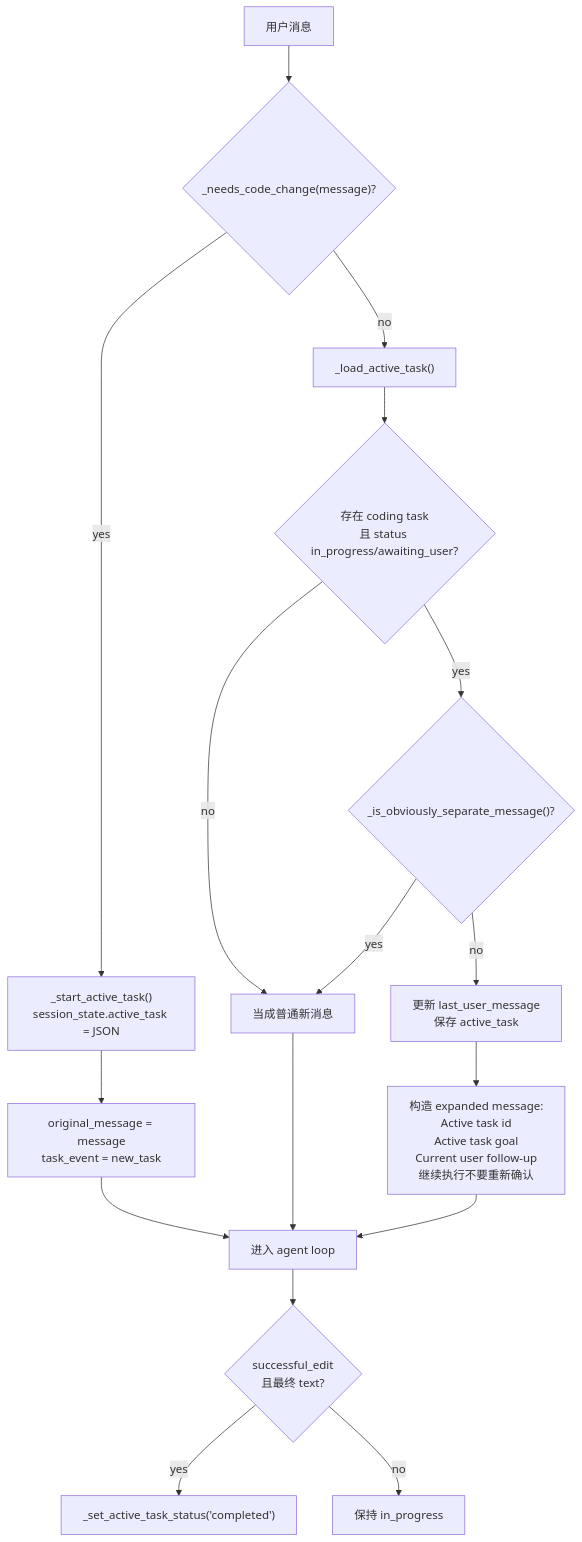
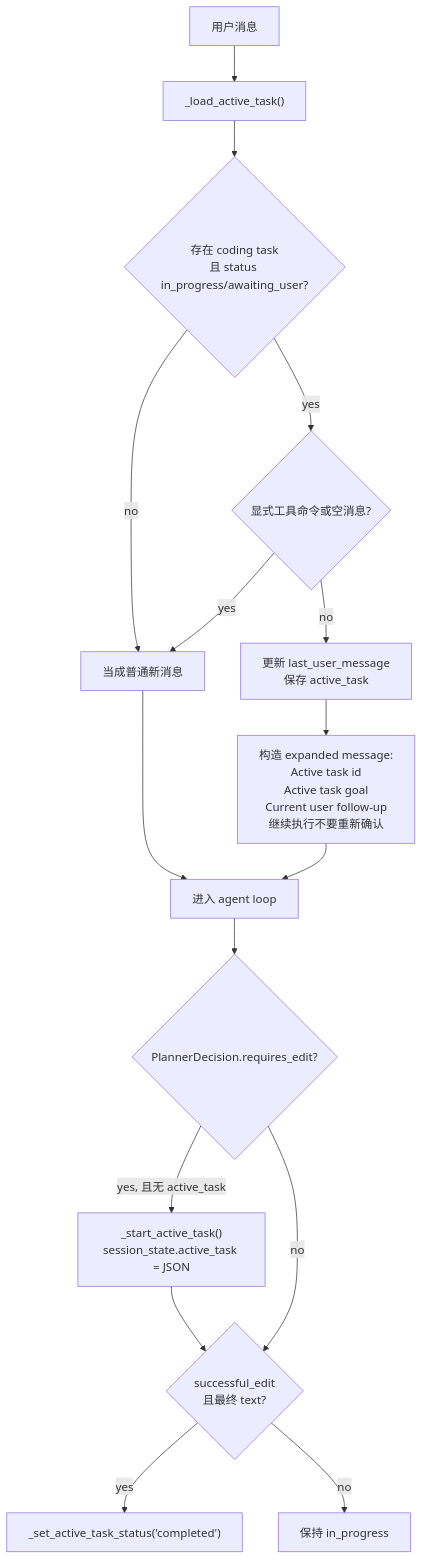
One commit to floatingstarZ/simple_hermes changed the eighth of 17 diagrams in M_docs/IMPLEMENTATION_DETAILS.md. Above: the diagram before and after it, drawn with Mermaid. The commit also changed other lines of this file and 4 other files, not shown here.

````diff
--- a/M_docs/IMPLEMENTATION_DETAILS.md
+++ b/M_docs/IMPLEMENTATION_DETAILS.md
@@ -256,21 +249,19 @@
 ```mermaid
 flowchart TD
-    Msg["用户消息"] --> NeedChange{"_needs_code_change(message)?"}
-    NeedChange -->|yes| StartTask["_start_active_task()\nsession_state.active_task = JSON"]
-    StartTask --> Original["original_message = message\ntask_event = new_task"]
-
-    NeedChange -->|no| Load["_load_active_task()"]
+    Msg["用户消息"] --> Load["_load_active_task()"]
     Load --> HasTask{"存在 coding task\n且 status in_progress/awaiting_user?"}
     HasTask -->|no| Original2["当成普通新消息"]
-    HasTask -->|yes| Separate{"_is_obviously_separate_message()?"}
+    HasTask -->|yes| Separate{"显式工具命令或空消息?"}
     Separate -->|yes| Original2
     Separate -->|no| Continue["更新 last_user_message\n保存 active_task"]
     Continue --> Expanded["构造 expanded message:\nActive task id\nActive task goal\nCurrent user follow-up\n继续执行不要重新确认"]
     Expanded --> AgentLoop["进入 agent loop"]
-    Original --> AgentLoop
     Original2 --> AgentLoop
 
-    AgentLoop --> Done{"successful_edit\n且最终 text?"}
+    AgentLoop --> ModelReq{"PlannerDecision.requires_edit?"}
+    ModelReq -->|yes, 且无 active_task| StartTask["_start_active_task()\nsession_state.active_task = JSON"]
+    ModelReq -->|no| Done
+    StartTask --> Done{"successful_edit\n且最终 text?"}
     Done -->|yes| Complete["_set_active_task_status('completed')"]
     Done -->|no| Keep["保持 in_progress"]
 ```
````
